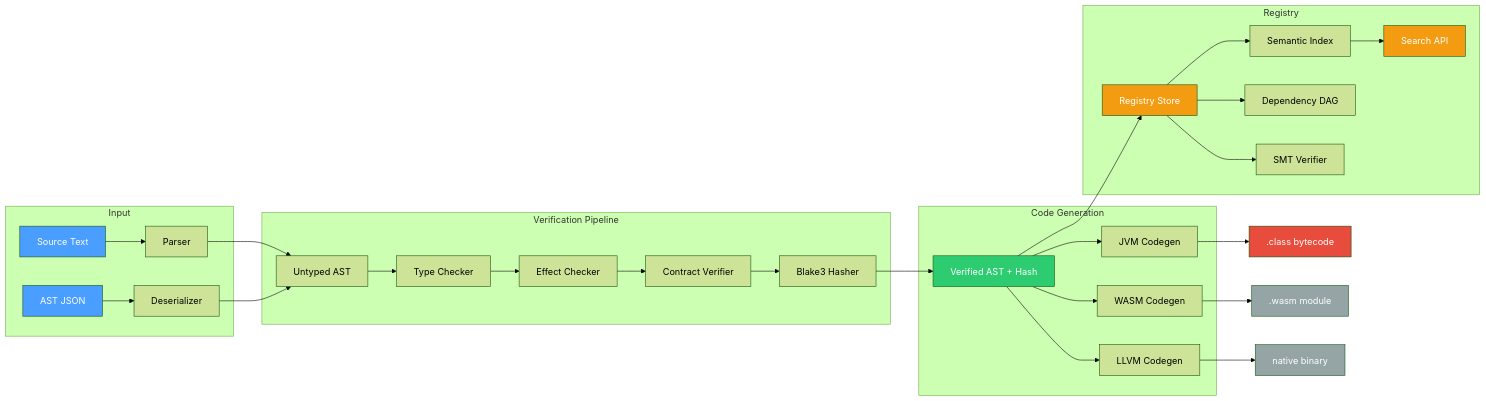
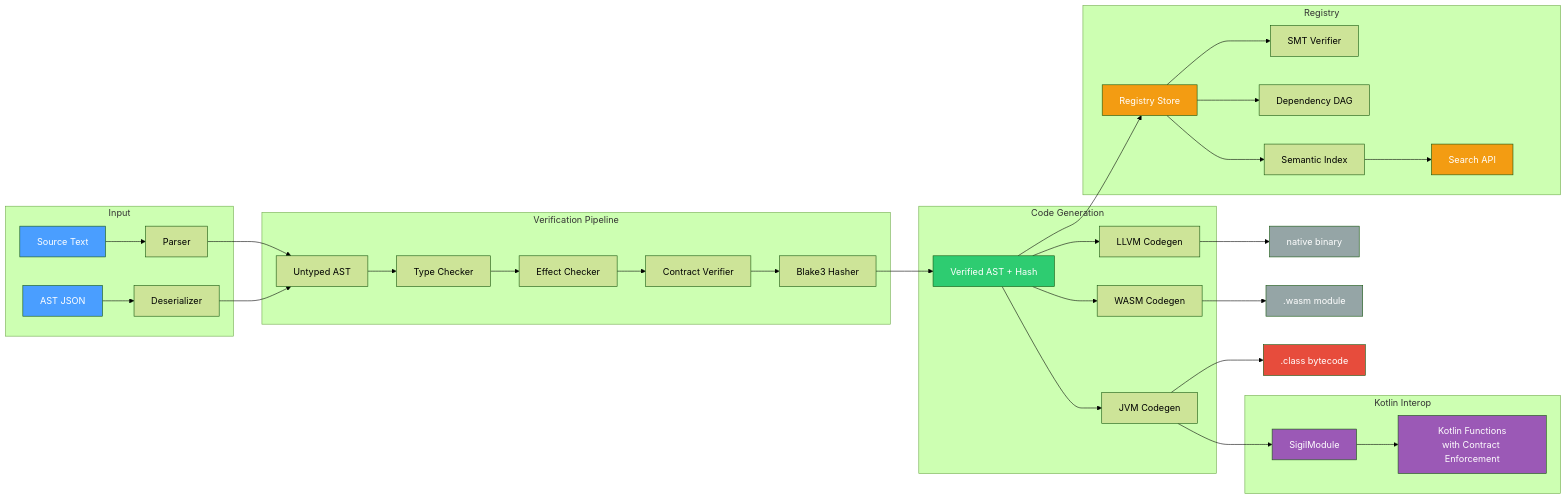
Before and after one commit to sage3648/sigil: the first of 13 diagrams in README.md, drawn with Mermaid (forest theme). The commit also changed other lines of this file, not shown here.

Commit message:
Update README to cover Phase 3: interop, CLI, benchmarks, and examples

````diff
--- a/README.md
+++ b/README.md
@@ -47,46 +47,53 @@
 ```mermaid
 graph LR
     subgraph Input
         A[Source Text] --> B[Parser]
         C[AST JSON] --> D[Deserializer]
     end
 
     B --> E[Untyped AST]
     D --> E
 
     subgraph "Verification Pipeline"
         E --> F[Type Checker]
         F --> G[Effect Checker]
         G --> H[Contract Verifier]
         H --> I[Blake3 Hasher]
     end
 
     I --> J[Verified AST + Hash]
 
     subgraph "Code Generation"
         J --> K[JVM Codegen]
         J --> L[WASM Codegen]
         J --> M[LLVM Codegen]
     end
 
     subgraph "Registry"
         J --> R[Registry Store]
         R --> S[Semantic Index]
         R --> T[Dependency DAG]
         R --> U[SMT Verifier]
         S --> V[Search API]
     end
 
+    subgraph "Kotlin Interop"
+        K --> KI[SigilModule]
+        KI --> KF["Kotlin Functions<br/>with Contract Enforcement"]
+    end
+
     K --> N[".class bytecode"]
     L --> O[".wasm module"]
     M --> P["native binary"]
 
     style A fill:#4a9eff,color:#fff
     style C fill:#4a9eff,color:#fff
     style J fill:#2ecc71,color:#fff
     style N fill:#e74c3c,color:#fff
     style O fill:#95a5a6,color:#fff
     style P fill:#95a5a6,color:#fff
     style R fill:#f39c12,color:#fff
     style V fill:#f39c12,color:#fff
+    style KI fill:#9b59b6,color:#fff
+    style KF fill:#9b59b6,color:#fff
 ```
````
